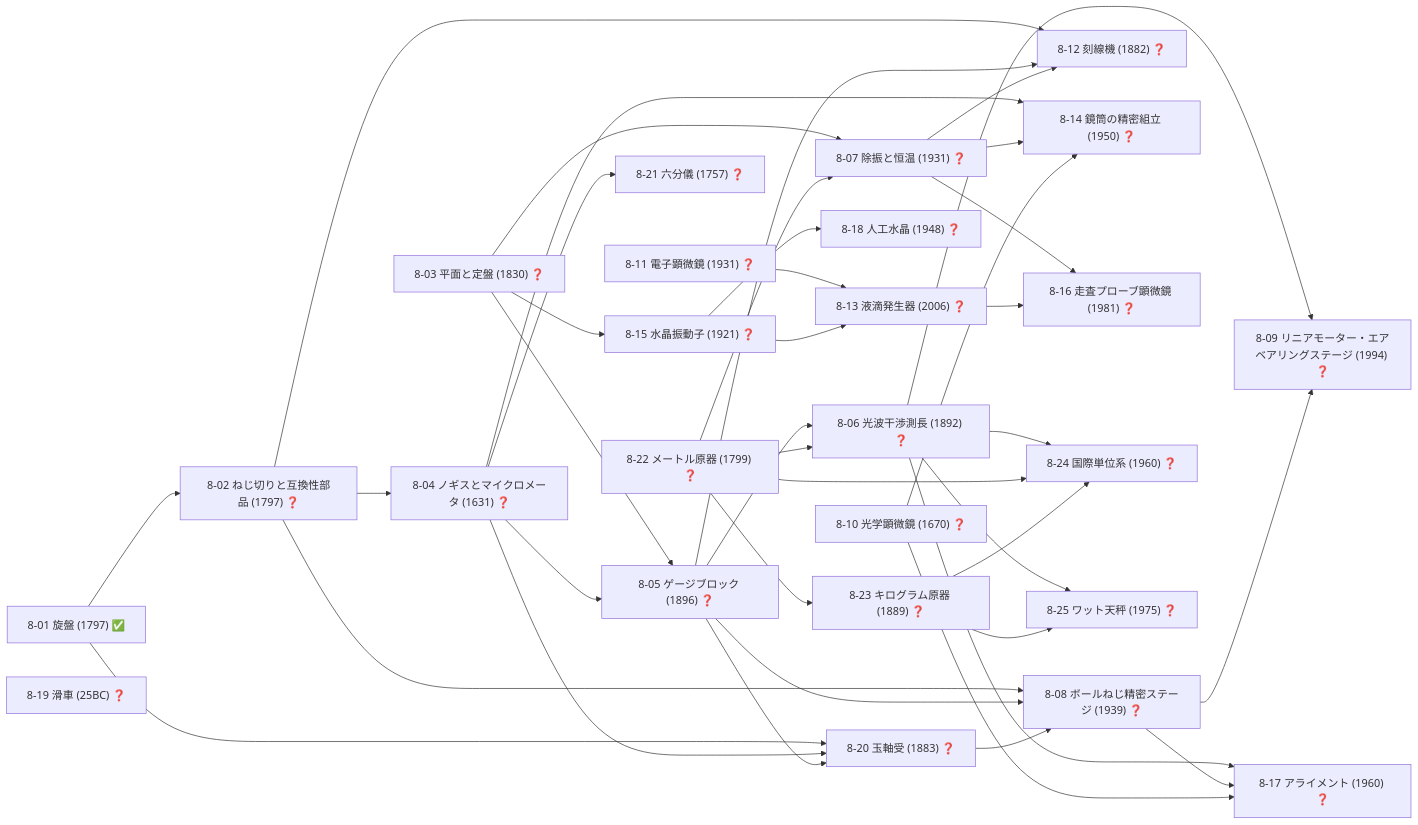
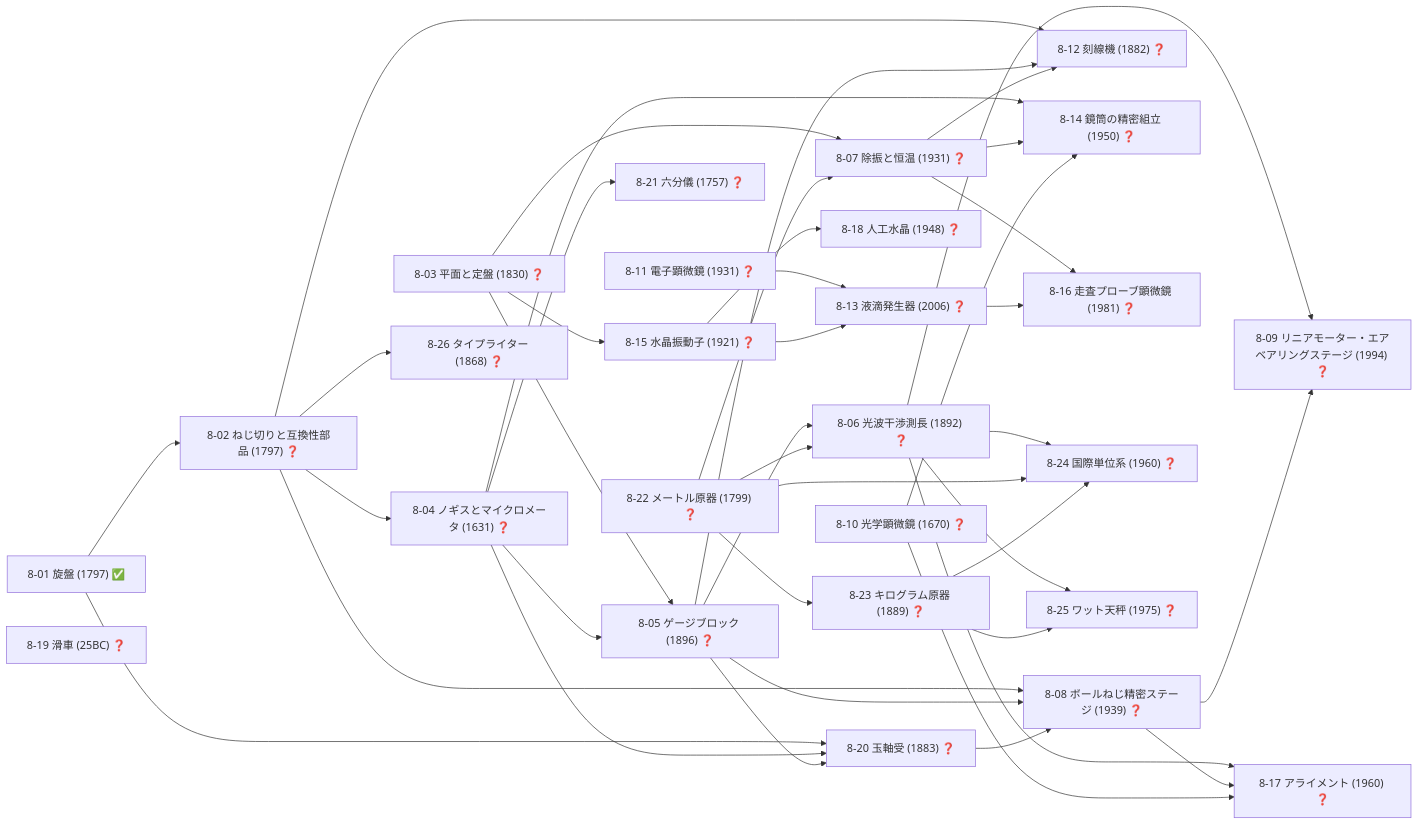
Diagram 11 of 19 in docs/TECH_TREE_VIEW.md (taku3i0317-collab/semiconductor-lab), drawn with Mermaid before and after one commit. The commit also changed other lines of this file and 12 other files, not shown here.

````diff
--- a/docs/TECH_TREE_VIEW.md
+++ b/docs/TECH_TREE_VIEW.md
@@ -526,66 +535,68 @@
 ```mermaid
 graph LR
   n8_01["8-01 旋盤 (1797) ✅"]
   n8_02["8-02 ねじ切りと互換性部品 (1797) ❓"]
   n8_03["8-03 平面と定盤 (1830) ❓"]
   n8_04["8-04 ノギスとマイクロメータ (1631) ❓"]
   n8_05["8-05 ゲージブロック (1896) ❓"]
   n8_06["8-06 光波干渉測長 (1892) ❓"]
   n8_07["8-07 除振と恒温 (1931) ❓"]
   n8_08["8-08 ボールねじ精密ステージ (1939) ❓"]
   n8_09["8-09 リニアモーター・エアベアリングステージ (1994) ❓"]
   n8_10["8-10 光学顕微鏡 (1670) ❓"]
   n8_11["8-11 電子顕微鏡 (1931) ❓"]
   n8_12["8-12 刻線機 (1882) ❓"]
   n8_13["8-13 液滴発生器 (2006) ❓"]
   n8_14["8-14 鏡筒の精密組立 (1950) ❓"]
   n8_15["8-15 水晶振動子 (1921) ❓"]
   n8_16["8-16 走査プローブ顕微鏡 (1981) ❓"]
   n8_17["8-17 アライメント (1960) ❓"]
   n8_18["8-18 人工水晶 (1948) ❓"]
   n8_19["8-19 滑車 (25BC) ❓"]
   n8_20["8-20 玉軸受 (1883) ❓"]
   n8_21["8-21 六分儀 (1757) ❓"]
   n8_22["8-22 メートル原器 (1799) ❓"]
   n8_23["8-23 キログラム原器 (1889) ❓"]
   n8_24["8-24 国際単位系 (1960) ❓"]
   n8_25["8-25 ワット天秤 (1975) ❓"]
+  n8_26["8-26 タイプライター (1868) ❓"]
   n8_01-->n8_02
   n8_02-->n8_04
   n8_03-->n8_05
   n8_04-->n8_05
   n8_05-->n8_06
   n8_22-->n8_06
   n8_03-->n8_07
   n8_22-->n8_07
   n8_02-->n8_08
   n8_05-->n8_08
   n8_20-->n8_08
   n8_06-->n8_09
   n8_08-->n8_09
   n8_02-->n8_12
   n8_05-->n8_12
   n8_07-->n8_12
   n8_11-->n8_13
   n8_15-->n8_13
   n8_04-->n8_14
   n8_07-->n8_14
   n8_10-->n8_14
   n8_03-->n8_15
   n8_07-->n8_16
   n8_13-->n8_16
   n8_06-->n8_17
   n8_08-->n8_17
   n8_10-->n8_17
   n8_15-->n8_18
   n8_01-->n8_20
   n8_04-->n8_20
   n8_05-->n8_20
   n8_04-->n8_21
   n8_22-->n8_23
   n8_06-->n8_24
   n8_22-->n8_24
   n8_23-->n8_24
   n8_06-->n8_25
   n8_23-->n8_25
+  n8_02-->n8_26
 ```
````
